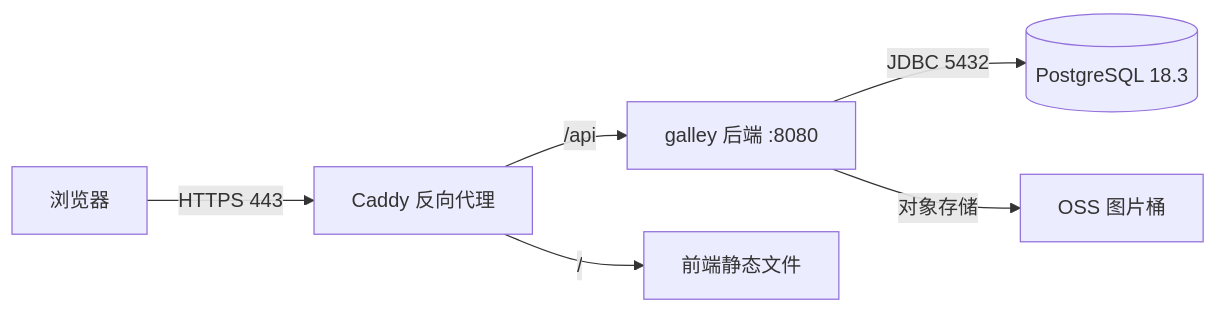
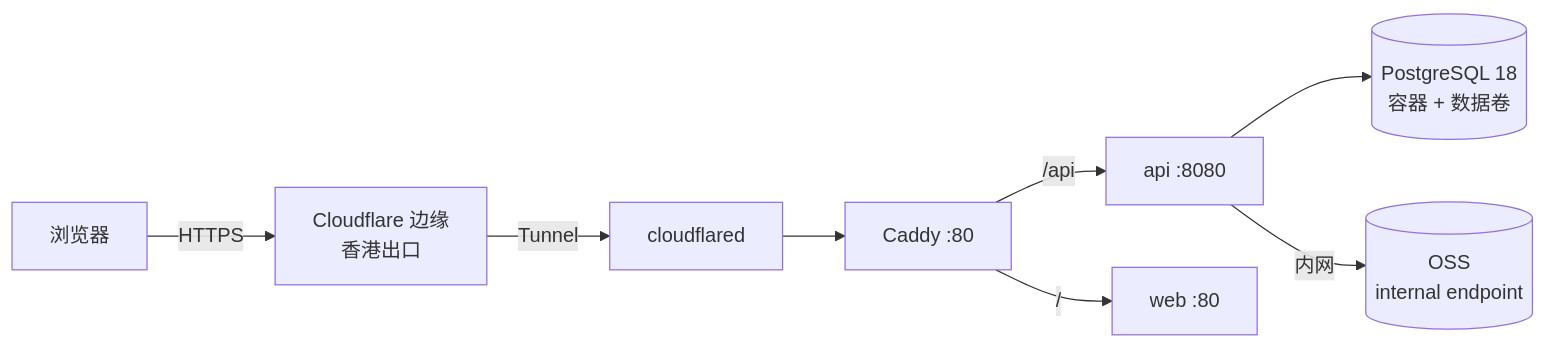
Before and after one commit to Dust191/jameshome-galley: the diagram in docs/04-ops/deploy.md, drawn with Mermaid. The commit also changed other lines of this file and 17 other files, not shown here.

First line of the commit message:
feat(infra): 图片改签名 URL 下发并补齐五服务编排（DVT-12） (#53)

````diff
--- a/docs/04-ops/deploy.md
+++ b/docs/04-ops/deploy.md
@@ -22,8 +24,10 @@
 ```mermaid
 flowchart LR
-    U[浏览器] -->|HTTPS 443| C[Caddy 反向代理]
-    C -->|/api| B[galley 后端 :8080]
-    C -->|/| S[前端静态文件]
-    B -->|JDBC 5432| D[(PostgreSQL 18.3)]
-    B -->|对象存储| O[OSS 图片桶]
+    U[浏览器] -->|HTTPS| CF[Cloudflare 边缘<br/>香港出口]
+    CF -->|Tunnel| T[cloudflared]
+    T --> C[Caddy :80]
+    C -->|/api| B[api :8080]
+    C -->|/| W[web :80]
+    B --> D[(PostgreSQL 18<br/>容器 + 数据卷)]
+    B -->|内网| O[(OSS<br/>internal endpoint)]
 ```
````
